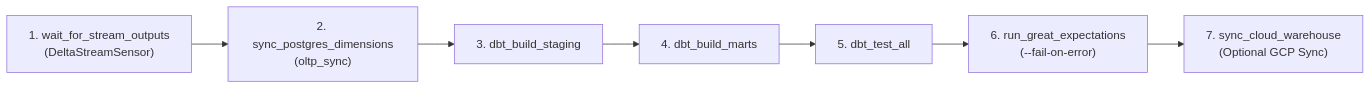
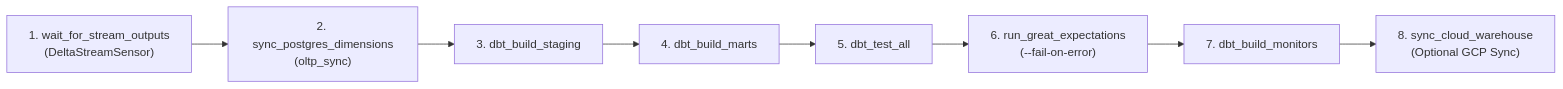
Before and after one commit to JayKay24/data-engineering: the third of 3 diagrams in docs/wiki/Architecture-Overview.md, drawn with Mermaid. The commit also changed other lines of this file and 53 other files, not shown here.

````diff
--- a/docs/wiki/Architecture-Overview.md
+++ b/docs/wiki/Architecture-Overview.md
@@ -108,9 +108,10 @@
 ```mermaid
 flowchart LR
   S["1. wait_for_stream_outputs<br/>(DeltaStreamSensor)"] --> O["2. sync_postgres_dimensions<br/>(oltp_sync)"]
   O --> DS["3. dbt_build_staging"]
   DS --> DM["4. dbt_build_marts"]
   DM --> DT["5. dbt_test_all"]
   DT --> GX["6. run_great_expectations<br/>(--fail-on-error)"]
-  GX --> GCP["7. sync_cloud_warehouse<br/>(Optional GCP Sync)"]
+  GX --> MON["7. dbt_build_monitors"]
+  MON --> GCP["8. sync_cloud_warehouse<br/>(Optional GCP Sync)"]
 ```
````
